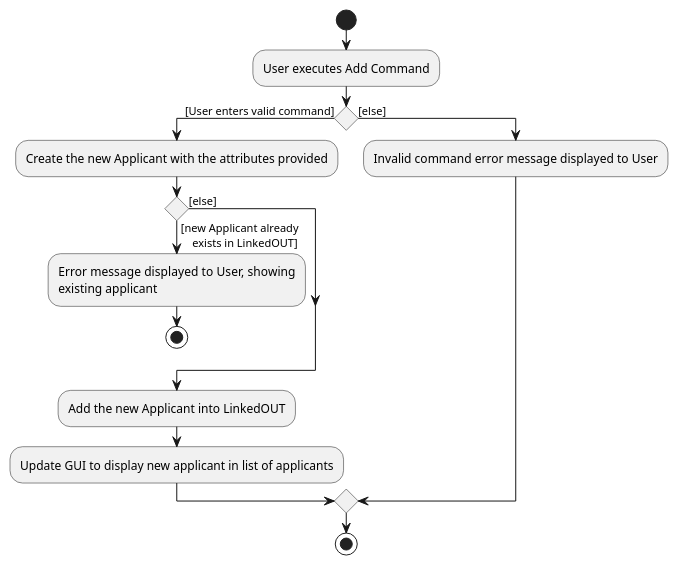
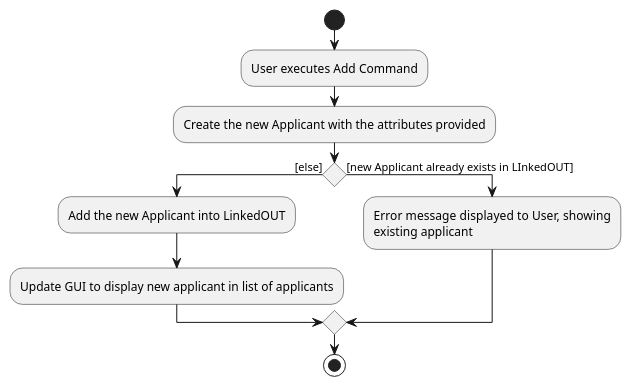
Before and after one commit to zzhikai/tp: the diagram in docs/diagrams/AddCommandActivityDiagram.puml, drawn with PlantUML. The commit also changed 3 other files, not shown here.

```diff
--- a/docs/diagrams/AddCommandActivityDiagram.puml
+++ b/docs/diagrams/AddCommandActivityDiagram.puml
@@ -1,30 +1,19 @@
 @startuml
 start
 :User executes Add Command;
 
+:Create the new Applicant with the attributes provided;
 
-if () then ([User enters valid command])
+if () then ([else])
 
-    :Create the new Applicant with the attributes provided;
+    :Add the new Applicant into LinkedOUT;
 
-    if () then ([new Applicant already
-    exists in LinkedOUT])
+    :Update GUI to display new applicant in list of applicants;
+else ([new Applicant already exists in LInkedOUT])
 
         :Error message displayed to User, showing
         existing applicant;
 
-        stop
-
-    else ([else])
-    endif
-
-    :Add the new Applicant into LinkedOUT;
-
-    :Update GUI to display new applicant in list of applicants;
-else ([else])
-
-:Invalid command error message displayed to User;
-
 endif
 stop
 @enduml
```
